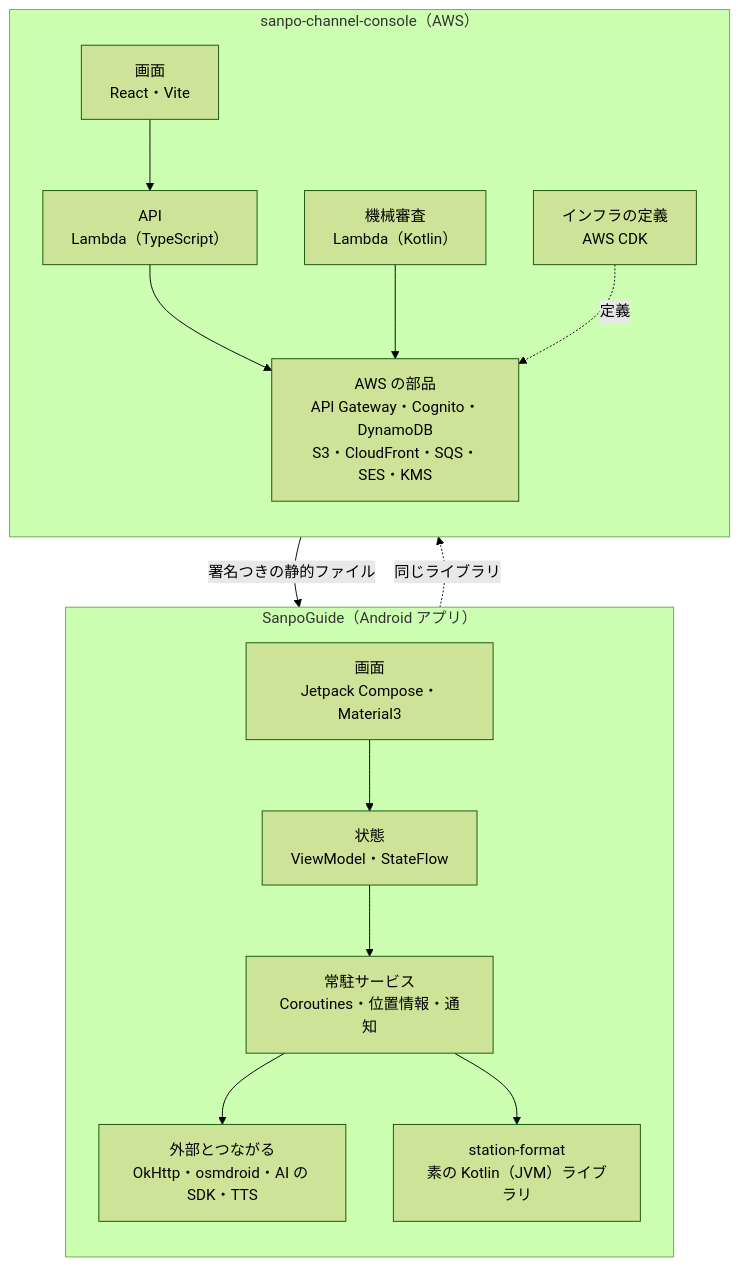
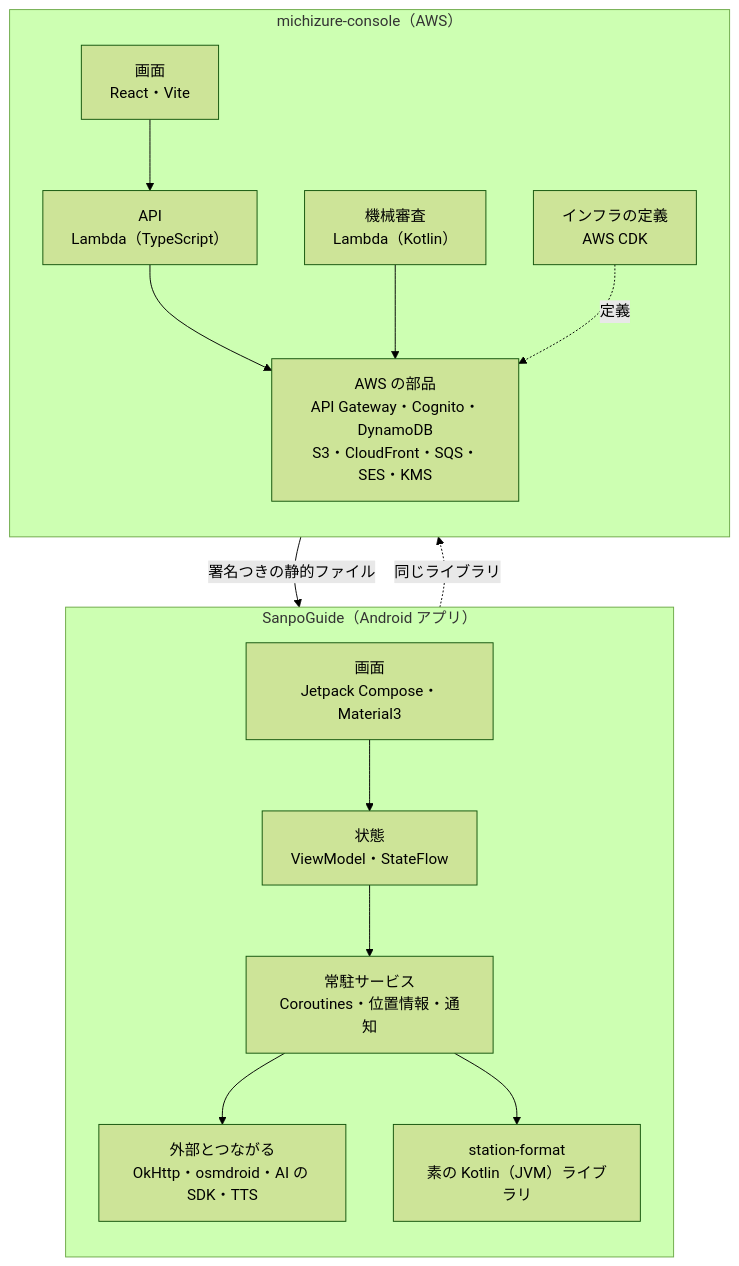
Before and after one commit to duwenji/yorisoi-tutorial: the diagram in 00-overview/02-technology-map.md, drawn with Mermaid (forest theme). The commit also changed other lines of this file and 87 other files, not shown here.

Commit message:
docs: SanpoGuide の再構成（RFC-002）で移ったファイルへのリンクと、michizure-console への改名を反映する

````diff
--- a/00-overview/02-technology-map.md
+++ b/00-overview/02-technology-map.md
@@ -15,26 +15,26 @@
 ```mermaid
 flowchart TB
     subgraph SG["SanpoGuide（Android アプリ）"]
         direction TB
         UI["画面<br/>Jetpack Compose・Material3"]
         VM["状態<br/>ViewModel・StateFlow"]
         SVC["常駐サービス<br/>Coroutines・位置情報・通知"]
         NET["外部とつながる<br/>OkHttp・osmdroid・AI の SDK・TTS"]
         SF["station-format<br/>素の Kotlin（JVM）ライブラリ"]
         UI --> VM --> SVC --> NET
         SVC --> SF
     end
-    subgraph SCC["sanpo-channel-console（AWS）"]
+    subgraph SCC["michizure-console（AWS）"]
         direction TB
         WEB["画面<br/>React・Vite"]
         API["API<br/>Lambda（TypeScript）"]
         VAL["機械審査<br/>Lambda（Kotlin）"]
         AWS["AWS の部品<br/>API Gateway・Cognito・DynamoDB<br/>S3・CloudFront・SQS・SES・KMS"]
         CDK["インフラの定義<br/>AWS CDK"]
         WEB --> API --> AWS
         VAL --> AWS
         CDK -.定義.-> AWS
     end
     SF -.同じライブラリ.-> VAL
     AWS -->|署名つきの静的ファイル| NET
 ```
````
